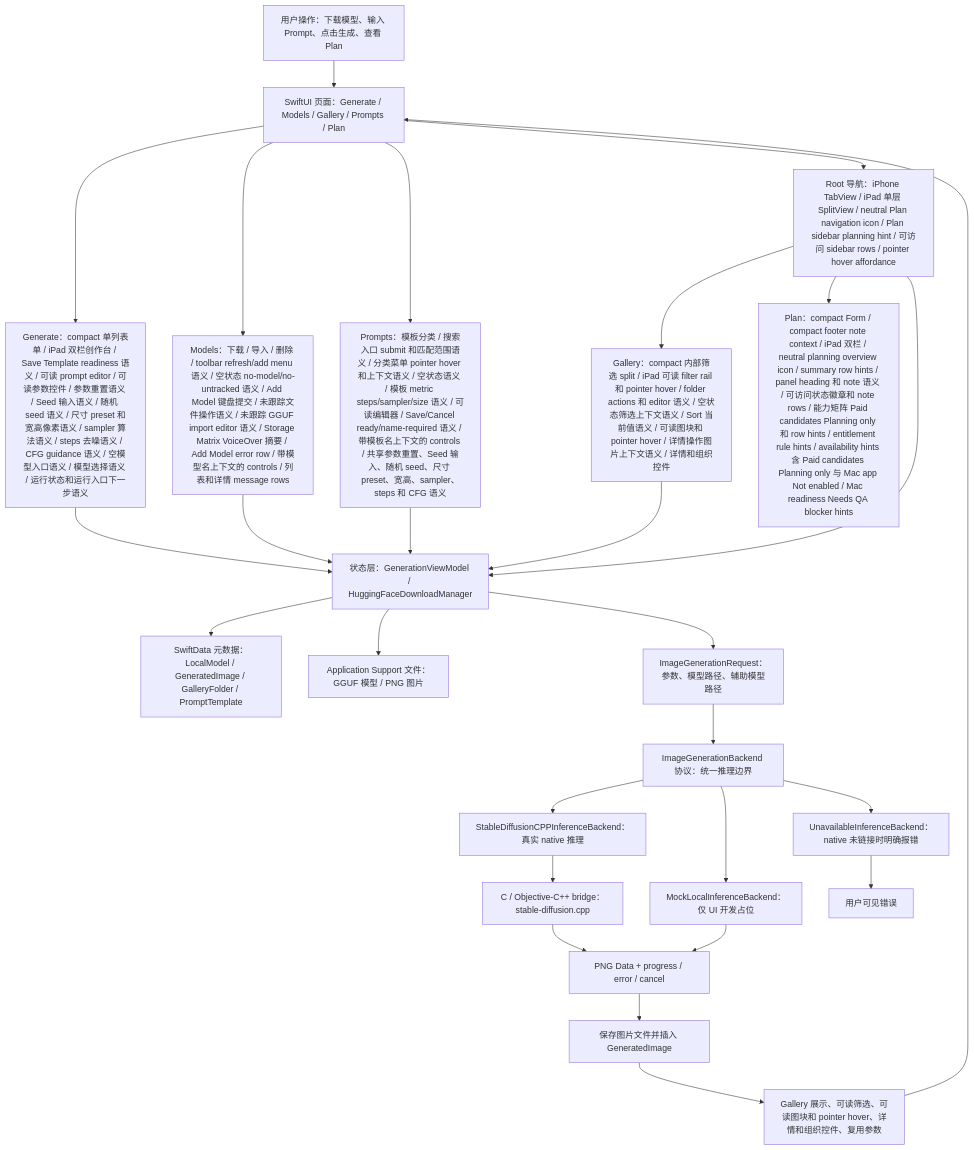
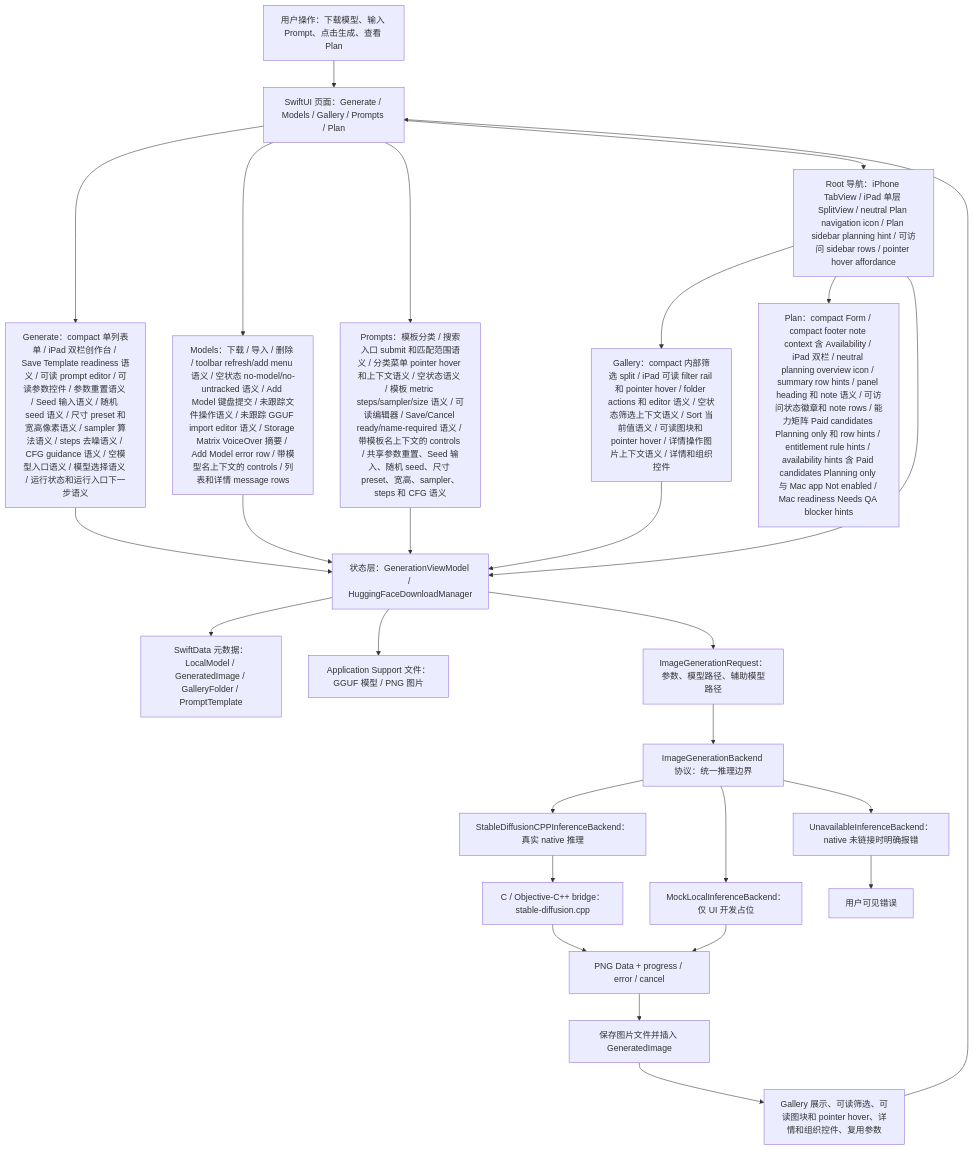
One commit to Altman-sam114/118 changed the first of 7 diagrams in md/flow/flowchart.md. Above: the diagram before and after it, drawn with Mermaid. The commit also changed 5 other files, not shown here.

First line of the commit message:
v1.74: Plan availability footer semantics

````diff
--- a/md/flow/flowchart.md
+++ b/md/flow/flowchart.md
@@ -9,29 +9,29 @@
 ```mermaid
 flowchart TD
   U["用户操作：下载模型、输入 Prompt、点击生成、查看 Plan"] --> UI["SwiftUI 页面：Generate / Models / Gallery / Prompts / Plan"]
   UI --> GENUI["Generate：compact 单列表单 / iPad 双栏创作台 / Save Template readiness 语义 / 可读 prompt editor / 可读参数控件 / 参数重置语义 / Seed 输入语义 / 随机 seed 语义 / 尺寸 preset 和宽高像素语义 / sampler 算法语义 / steps 去噪语义 / CFG guidance 语义 / 空模型入口语义 / 模型选择语义 / 运行状态和运行入口下一步语义"]
   UI --> MODELUI["Models：下载 / 导入 / 删除 / toolbar refresh/add menu 语义 / 空状态 no-model/no-untracked 语义 / Add Model 键盘提交 / 未跟踪文件操作语义 / 未跟踪 GGUF import editor 语义 / Storage Matrix VoiceOver 摘要 / Add Model error row / 带模型名上下文的 controls / 列表和详情 message rows"]
   UI --> PROMPTUI["Prompts：模板分类 / 搜索入口 submit 和匹配范围语义 / 分类菜单 pointer hover 和上下文语义 / 空状态语义 / 模板 metric steps/sampler/size 语义 / 可读编辑器 / Save/Cancel ready/name-required 语义 / 带模板名上下文的 controls / 共享参数重置、Seed 输入、随机 seed、尺寸 preset、宽高、sampler、steps 和 CFG 语义"]
   UI --> NAV["Root 导航：iPhone TabView / iPad 单层 SplitView / neutral Plan navigation icon / Plan sidebar planning hint / 可访问 sidebar rows / pointer hover affordance"]
   NAV --> GALUI["Gallery：compact 内部筛选 split / iPad 可读 filter rail 和 pointer hover / folder actions 和 editor 语义 / 空状态筛选上下文语义 / Sort 当前值语义 / 可读图块和 pointer hover / 详情操作图片上下文语义 / 详情和组织控件"]
-  NAV --> PLANUI["Plan：compact Form / compact footer note context / iPad 双栏 / neutral planning overview icon / summary row hints / panel heading 和 note 语义 / 可访问状态徽章和 note rows / 能力矩阵 Paid candidates Planning only 和 row hints / entitlement rule hints / availability hints 含 Paid candidates Planning only 与 Mac app Not enabled / Mac readiness Needs QA blocker hints"]
+  NAV --> PLANUI["Plan：compact Form / compact footer note context 含 Availability / iPad 双栏 / neutral planning overview icon / summary row hints / panel heading 和 note 语义 / 可访问状态徽章和 note rows / 能力矩阵 Paid candidates Planning only 和 row hints / entitlement rule hints / availability hints 含 Paid candidates Planning only 与 Mac app Not enabled / Mac readiness Needs QA blocker hints"]
   NAV --> VM["状态层：GenerationViewModel / HuggingFaceDownloadManager"]
   GENUI --> VM
   MODELUI --> VM
   PROMPTUI --> VM
   GALUI --> VM
   VM --> SD["SwiftData 元数据：LocalModel / GeneratedImage / GalleryFolder / PromptTemplate"]
   VM --> FS["Application Support 文件：GGUF 模型 / PNG 图片"]
   VM --> REQ["ImageGenerationRequest：参数、模型路径、辅助模型路径"]
   REQ --> IFACE["ImageGenerationBackend 协议：统一推理边界"]
   IFACE --> NATIVE["StableDiffusionCPPInferenceBackend：真实 native 推理"]
   IFACE --> MOCK["MockLocalInferenceBackend：仅 UI 开发占位"]
   IFACE --> OFF["UnavailableInferenceBackend：native 未链接时明确报错"]
   NATIVE --> BRIDGE["C / Objective-C++ bridge：stable-diffusion.cpp"]
   BRIDGE --> PNG["PNG Data + progress / error / cancel"]
   MOCK --> PNG
   OFF --> ERR["用户可见错误"]
   PNG --> SAVE["保存图片文件并插入 GeneratedImage"]
   SAVE --> GALLERY["Gallery 展示、可读筛选、可读图块和 pointer hover、详情和组织控件、复用参数"]
   GALLERY --> UI
 ```
````
